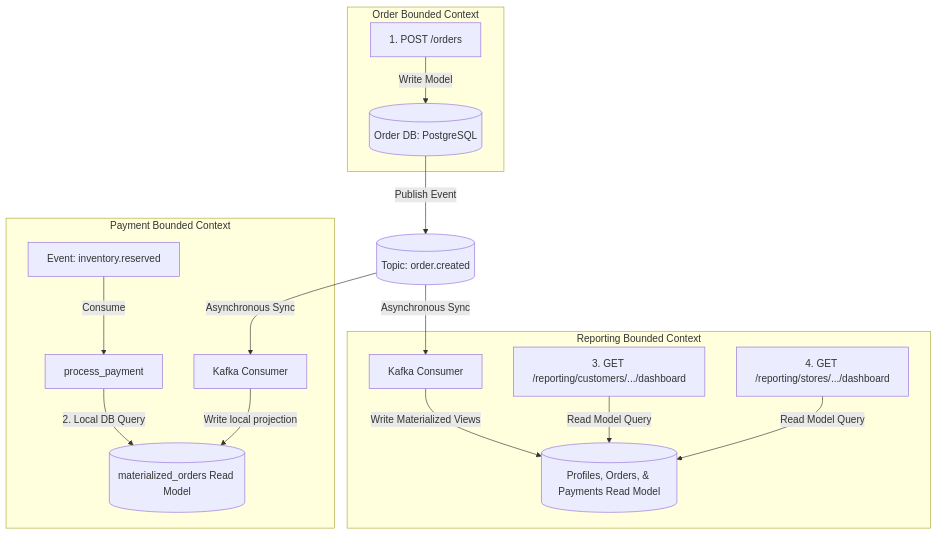
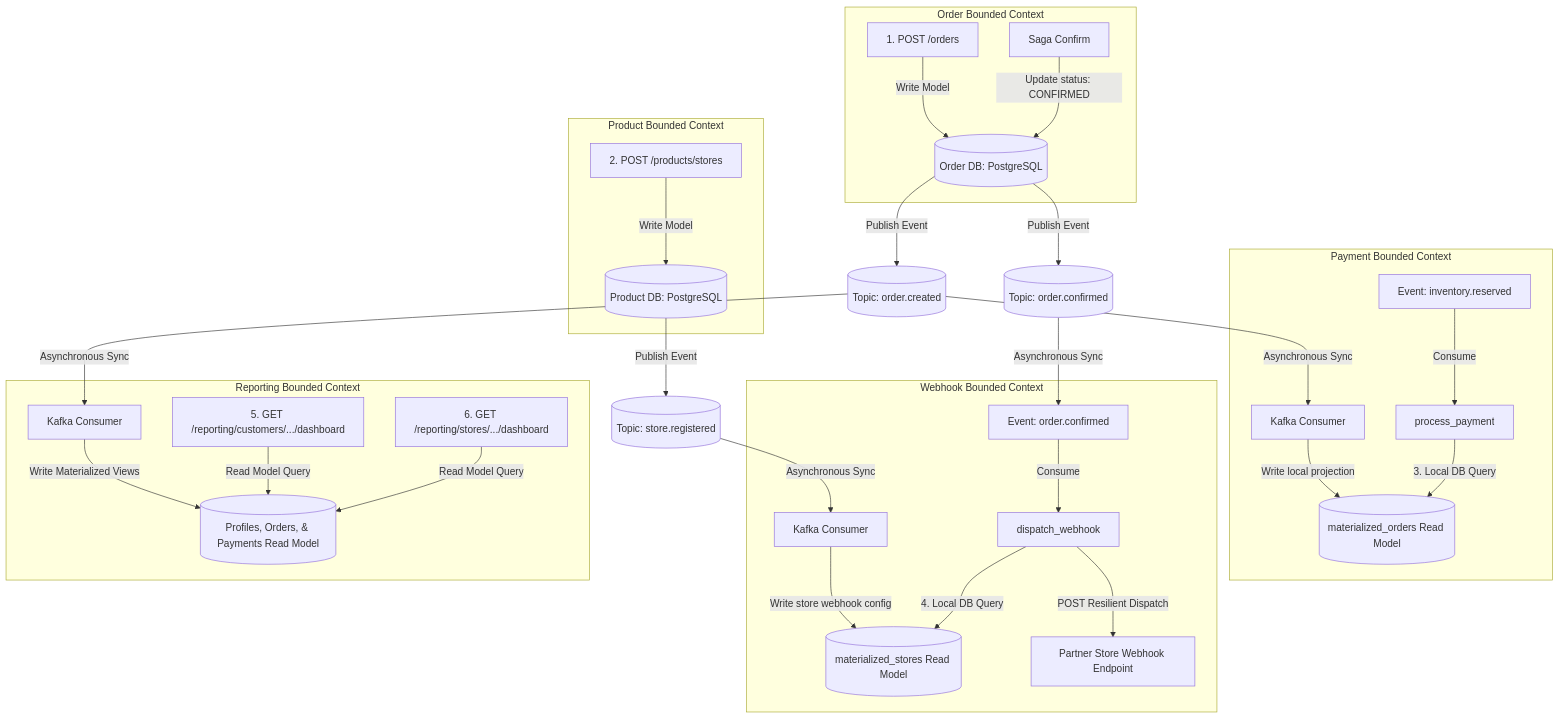
Before and after one commit to ahmadabd/system_design: the third of 4 diagrams in README.md, drawn with Mermaid. The commit also changed other lines of this file, not shown here.

````diff
--- a/README.md
+++ b/README.md
@@ -312,28 +316,48 @@
 ```mermaid
 flowchart TD
     %% Node Definitions
-    Kafka[("Topic: order.created")]
+    KafkaOrderCreated[("Topic: order.created")]
+    KafkaOrderConfirmed[("Topic: order.confirmed")]
+    KafkaStoreRegistered[("Topic: store.registered")]
 
     subgraph Order Context [Order Bounded Context]
         CMD[1. POST /orders] -->|Write Model| OrderDB[("Order DB: PostgreSQL")]
+        ConfirmCMD[Saga Confirm] -->|Update status: CONFIRMED| OrderDB
+    end
+
+    subgraph Product Context [Product Bounded Context]
+        StoreCMD[2. POST /products/stores] -->|Write Model| ProductDB[("Product DB: PostgreSQL")]
     end
 
     subgraph Payment Context [Payment Bounded Context]
         Sub[Kafka Consumer] -->|Write local projection| ReadTable[("materialized_orders Read Model")]
         
         InvEvent[Event: inventory.reserved] -->|Consume| PayProc[process_payment]
-        PayProc -->|2. Local DB Query| ReadTable
+        PayProc -->|3. Local DB Query| ReadTable
+    end
+
+    subgraph Webhook Context [Webhook Bounded Context]
+        WebSubStore[Kafka Consumer] -->|Write store webhook config| WebhookReadTable[("materialized_stores Read Model")]
+        
+        ConfirmEvent[Event: order.confirmed] -->|Consume| WebhookProc[dispatch_webhook]
+        WebhookProc -->|4. Local DB Query| WebhookReadTable
+        WebhookProc -->|POST Resilient Dispatch| PartnerAPI["Partner Store Webhook Endpoint"]
     end
 
     subgraph Reporting Context [Reporting Bounded Context]
         RepSub[Kafka Consumer] -->|Write Materialized Views| RepTable[("Profiles, Orders, & Payments Read Model")]
         
-        QueryCMD[3. GET /reporting/customers/.../dashboard] -->|Read Model Query| RepTable
-        QueryStoreCMD[4. GET /reporting/stores/.../dashboard] -->|Read Model Query| RepTable
+        QueryCMD[5. GET /reporting/customers/.../dashboard] -->|Read Model Query| RepTable
+        QueryStoreCMD[6. GET /reporting/stores/.../dashboard] -->|Read Model Query| RepTable
     end
 
     %% Flow Connections
-    OrderDB -->|Publish Event| Kafka
-    Kafka -->|Asynchronous Sync| Sub
-    Kafka -->|Asynchronous Sync| RepSub
+    OrderDB -->|Publish Event| KafkaOrderCreated
+    OrderDB -->|Publish Event| KafkaOrderConfirmed
+    ProductDB -->|Publish Event| KafkaStoreRegistered
+    
+    KafkaOrderCreated -->|Asynchronous Sync| Sub
+    KafkaOrderCreated -->|Asynchronous Sync| RepSub
+    KafkaStoreRegistered -->|Asynchronous Sync| WebSubStore
+    KafkaOrderConfirmed -->|Asynchronous Sync| ConfirmEvent
 ```
````
